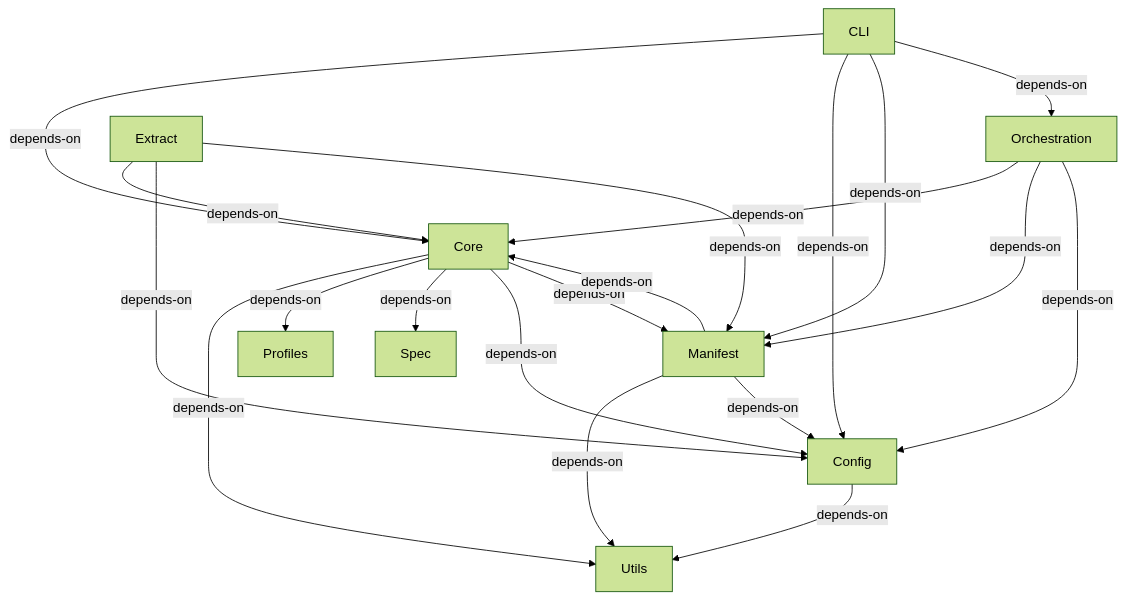
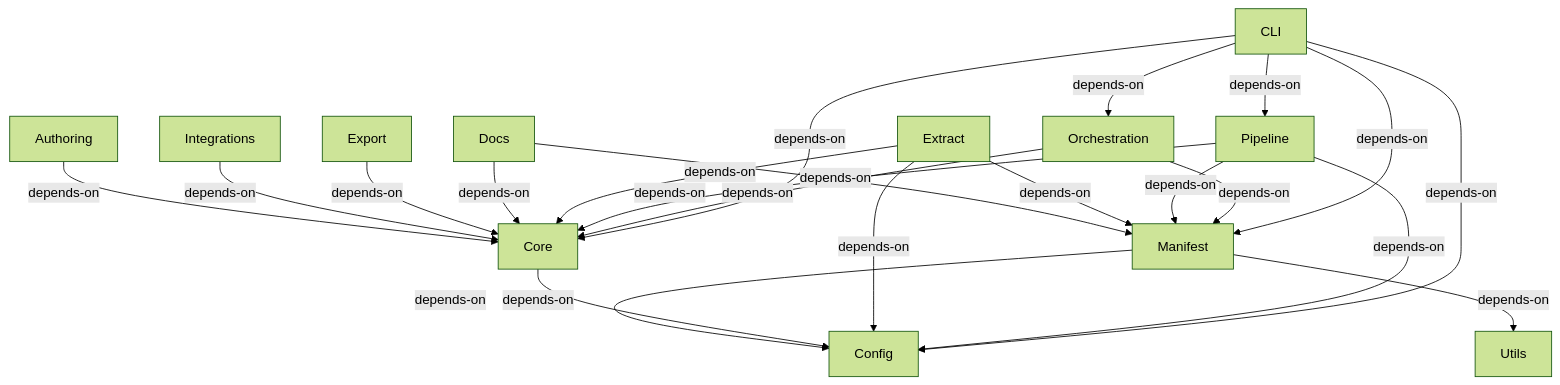
One commit to opn-arch/architecture-model-standard changed the diagram in docs/architecture/integration_flows.md. Above: the diagram before and after it, drawn with Mermaid (forest theme). The commit also changed other lines of this file and 217 other files, not shown here.

````diff
--- a/docs/architecture/integration_flows.md
+++ b/docs/architecture/integration_flows.md
@@ -3,22 +3,24 @@
 ```mermaid
 flowchart TD
   COMP-CLI[CLI] -->|depends-on| COMP-CORE[Core]
+  COMP-CLI[CLI] -->|depends-on| COMP-ORCHESTRATION[Orchestration]
+  COMP-CLI[CLI] -->|depends-on| COMP-PIPELINE[Pipeline]
+  COMP-CLI[CLI] -->|depends-on| COMP-MANIFEST[Manifest]
   COMP-CLI[CLI] -->|depends-on| COMP-CONFIG[Config]
-  COMP-CLI[CLI] -->|depends-on| COMP-MANIFEST[Manifest]
-  COMP-CLI[CLI] -->|depends-on| COMP-ORCHESTRATION[Orchestration]
   COMP-ORCHESTRATION[Orchestration] -->|depends-on| COMP-CORE[Core]
   COMP-ORCHESTRATION[Orchestration] -->|depends-on| COMP-MANIFEST[Manifest]
-  COMP-ORCHESTRATION[Orchestration] -->|depends-on| COMP-CONFIG[Config]
+  COMP-PIPELINE[Pipeline] -->|depends-on| COMP-CORE[Core]
+  COMP-PIPELINE[Pipeline] -->|depends-on| COMP-MANIFEST[Manifest]
+  COMP-PIPELINE[Pipeline] -->|depends-on| COMP-CONFIG[Config]
   COMP-EXTRACT[Extract] -->|depends-on| COMP-CORE[Core]
+  COMP-EXTRACT[Extract] -->|depends-on| COMP-MANIFEST[Manifest]
   COMP-EXTRACT[Extract] -->|depends-on| COMP-CONFIG[Config]
-  COMP-EXTRACT[Extract] -->|depends-on| COMP-MANIFEST[Manifest]
-  COMP-CORE[Core] -->|depends-on| COMP-UTILS[Utils]
+  COMP-DOCS[Docs] -->|depends-on| COMP-CORE[Core]
+  COMP-DOCS[Docs] -->|depends-on| COMP-MANIFEST[Manifest]
+  COMP-EXPORT[Export] -->|depends-on| COMP-CORE[Core]
+  COMP-INTEGRATIONS[Integrations] -->|depends-on| COMP-CORE[Core]
+  COMP-AUTHORING[Authoring] -->|depends-on| COMP-CORE[Core]
+  COMP-CORE[Core] -->|depends-on| COMP-CONFIG[Config]
+  COMP-MANIFEST[Manifest] -->|depends-on| COMP-CONFIG[Config]
   COMP-MANIFEST[Manifest] -->|depends-on| COMP-UTILS[Utils]
-  COMP-CONFIG[Config] -->|depends-on| COMP-UTILS[Utils]
-  COMP-CORE[Core] -->|depends-on| COMP-PROFILES[Profiles]
-  COMP-CORE[Core] -->|depends-on| COMP-SPEC[Spec]
-  COMP-CORE[Core] -->|depends-on| COMP-CONFIG[Config]
-  COMP-CORE[Core] -->|depends-on| COMP-MANIFEST[Manifest]
-  COMP-MANIFEST[Manifest] -->|depends-on| COMP-CONFIG[Config]
-  COMP-MANIFEST[Manifest] -->|depends-on| COMP-CORE[Core]
 ```
````
